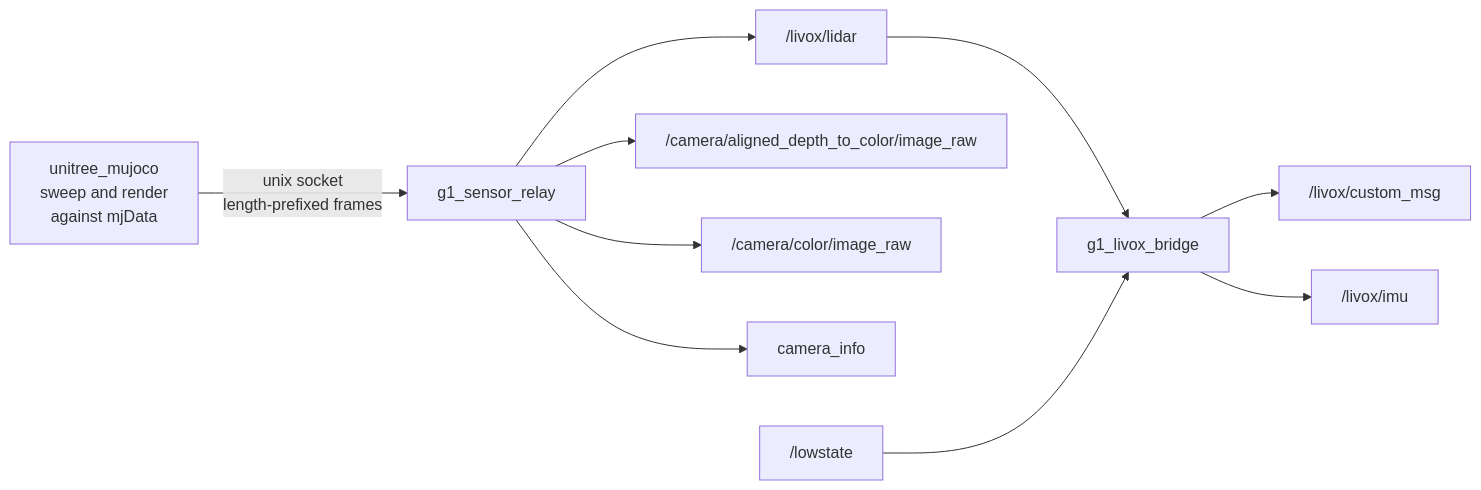
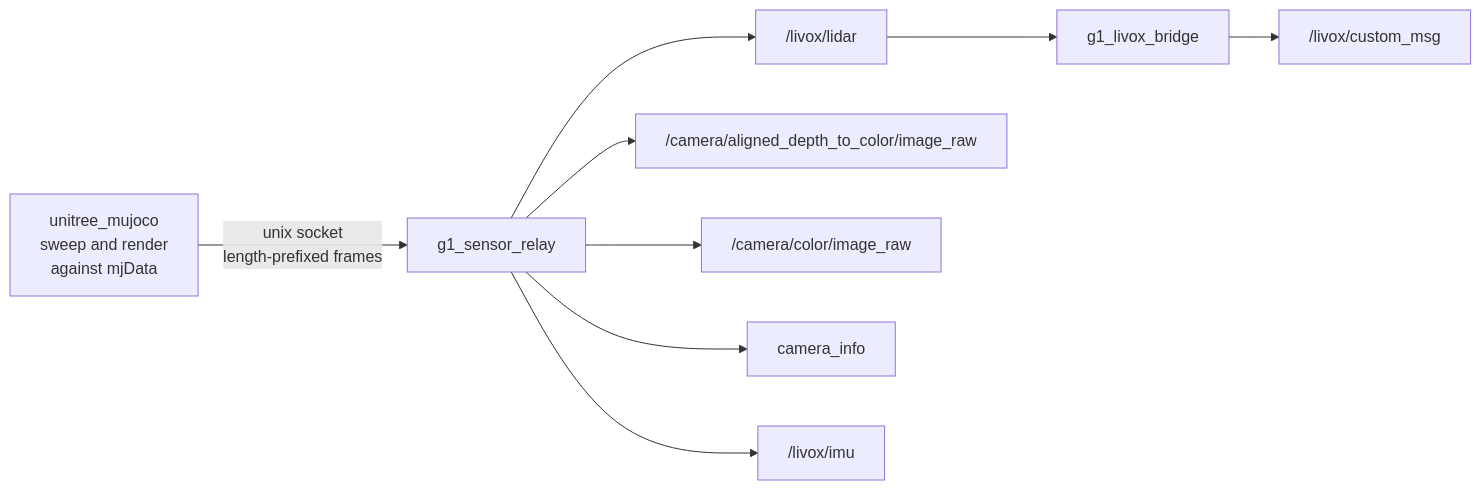
One commit to Adyansh04/grove-g1 changed the diagram in workspace/src/g1_sensor_relay/README.md. Above: the diagram before and after it, drawn with Mermaid. The commit also changed other lines of this file and 18 other files, not shown here.

````diff
--- a/workspace/src/g1_sensor_relay/README.md
+++ b/workspace/src/g1_sensor_relay/README.md
@@ -9,12 +9,11 @@
 ```mermaid
 flowchart LR
     MJ["unitree_mujoco<br/>sweep and render<br/>against mjData"] -- "unix socket<br/>length-prefixed frames" --> R
     R["g1_sensor_relay"] --> PC["/livox/lidar"]
     R --> D["/camera/aligned_depth_to_color/image_raw"]
     R --> C["/camera/color/image_raw"]
     R --> CI["camera_info"]
+    R --> IM["/livox/imu"]
     PC --> B["g1_livox_bridge"]
-    LS["/lowstate"] --> B
     B --> CM["/livox/custom_msg"]
-    B --> IM["/livox/imu"]
 ```
````
